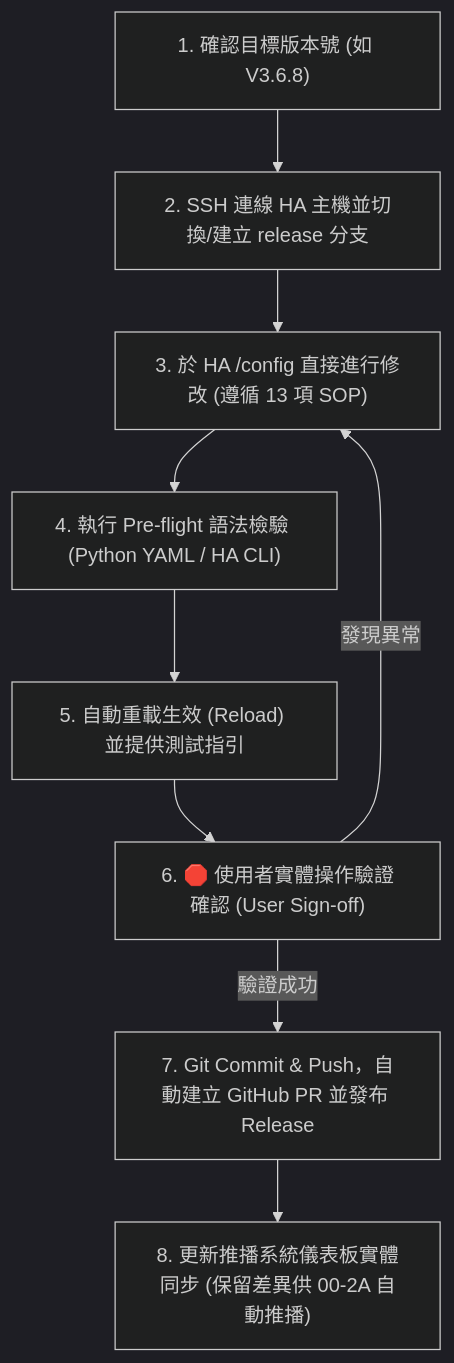
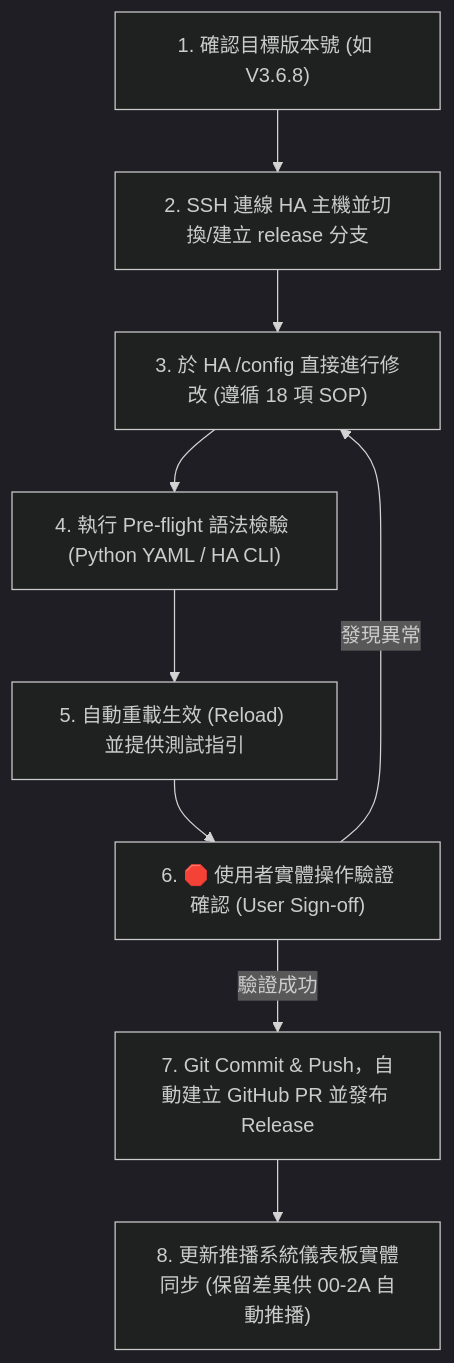
Before and after one commit to kennychiang1105/HomeAssistant_Automation: the diagram in PROJECT_RULES.md, drawn with Mermaid (dark theme). The commit also changed other lines of this file and 116 other files, not shown here.

````diff
--- a/PROJECT_RULES.md
+++ b/PROJECT_RULES.md
@@ -20,11 +20,11 @@
 ```mermaid
 flowchart TD
     A["1. 確認目標版本號 (如 V3.6.8)"] --> B["2. SSH 連線 HA 主機並切換/建立 release 分支"]
-    B --> C["3. 於 HA /config 直接進行修改 (遵循 13 項 SOP)"]
+    B --> C["3. 於 HA /config 直接進行修改 (遵循 18 項 SOP)"]
     C --> D["4. 執行 Pre-flight 語法檢驗 (Python YAML / HA CLI)"]
     D --> E["5. 自動重載生效 (Reload) 並提供測試指引"]
     E --> F["6. 🛑 使用者實體操作驗證確認 (User Sign-off)"]
     F -- 驗證成功 --> G["7. Git Commit & Push，自動建立 GitHub PR 並發布 Release"]
     G --> H["8. 更新推播系統儀表板實體同步 (保留差異供 00-2A 自動推播)"]
     F -- 發現異常 --> C
 ```
````
